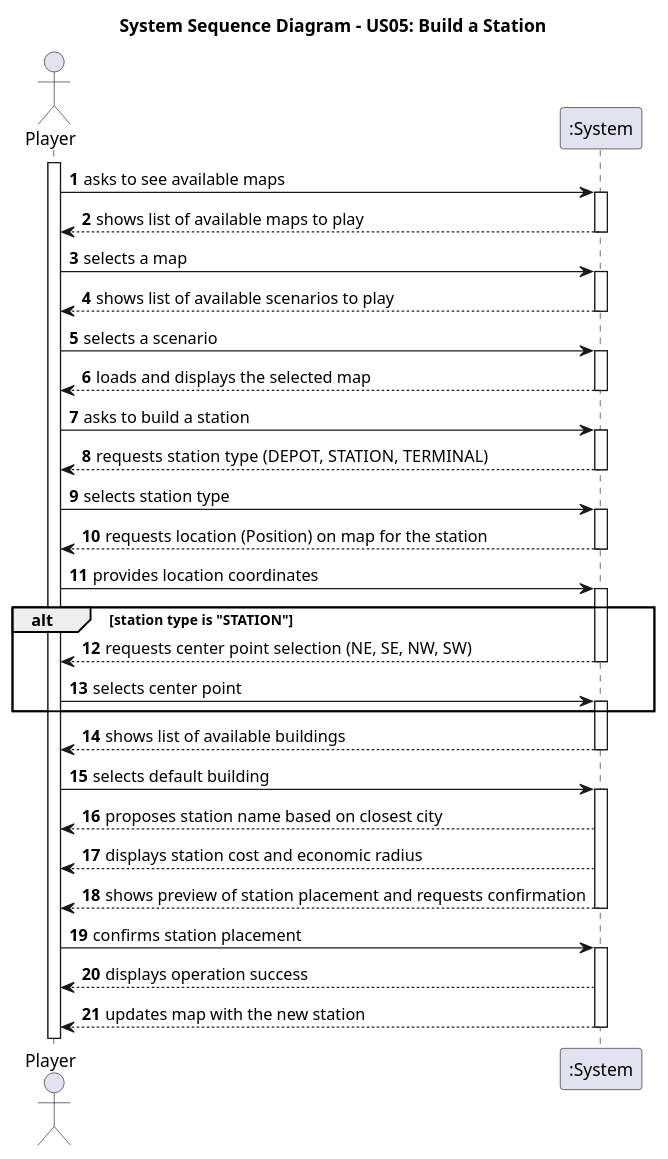
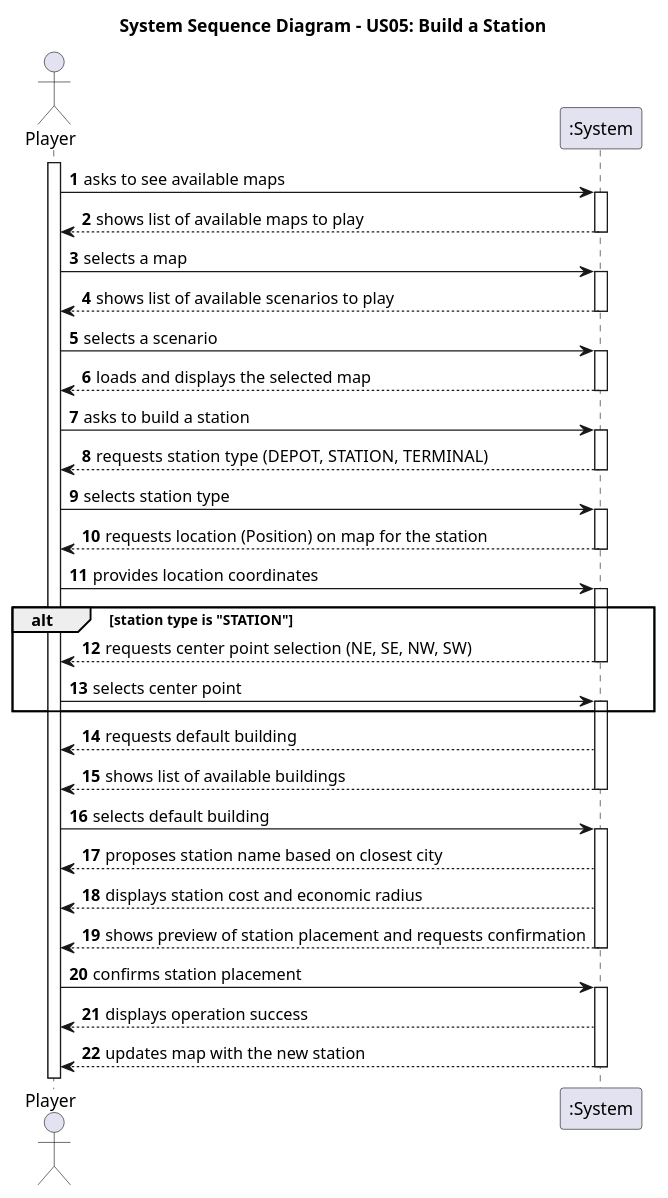
Before and after one commit to HenriqueSilva18/Railway-Network-Simulator: the diagram in docs/system-documentation/Sprint 3/US05/01.requirements-engineering/puml/US05-SSD.puml, drawn with PlantUML.

Commit message:
[US05] - Ref #5, Ref #318 - Minor fix

```diff
--- a/docs/system-documentation/Sprint 3/US05/01.requirements-engineering/puml/US05-SSD.puml
+++ b/docs/system-documentation/Sprint 3/US05/01.requirements-engineering/puml/US05-SSD.puml
@@ -1,66 +1,66 @@
 @startuml
 autonumber
 
 title "System Sequence Diagram - US05: Build a Station"
 
 
 actor "Player" as Player
 participant ":System" as System
 
 activate Player
 Player -> System: asks to see available maps
 activate System
 System --> Player: shows list of available maps to play
 deactivate System
 Player -> System: selects a map
 activate System
 System --> Player: shows list of available scenarios to play
 deactivate System
 Player -> System : selects a scenario
 activate System
 
 System --> Player: loads and displays the selected map
 deactivate System
 
 Player -> System: asks to build a station
 
 activate System
 System --> Player: requests station type (DEPOT, STATION, TERMINAL)
 deactivate System
 
 Player -> System: selects station type
 
 activate System
 System --> Player: requests location (Position) on map for the station
 deactivate System
 
 Player -> System: provides location coordinates
 
 activate System
 alt station type is "STATION"
     System --> Player: requests center point selection (NE, SE, NW, SW)
     deactivate System
 
     Player -> System: selects center point
     activate System
 end
-
+System --> Player: requests default building
 System --> Player: shows list of available buildings
 deactivate System
 
 Player -> System: selects default building
 activate System
 
 System --> Player: proposes station name based on closest city
 System --> Player: displays station cost and economic radius
 System --> Player: shows preview of station placement and requests confirmation
 deactivate System
 
 Player -> System: confirms station placement
 
 activate System
 System --> Player: displays operation success
 System --> Player: updates map with the new station
 deactivate System
 
 @enduml
```
